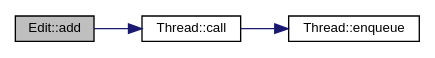
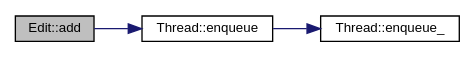
The diagram in docs/class_edit_a3ced1bcf14de542e25d512991bcfed2f_cgraph.dot (kokolorix/TheSimplestCPP), drawn with Graphviz before and after one commit. The commit also changed 289 other files, not shown here.

```diff
--- a/docs/class_edit_a3ced1bcf14de542e25d512991bcfed2f_cgraph.dot
+++ b/docs/class_edit_a3ced1bcf14de542e25d512991bcfed2f_cgraph.dot
@@ -1,13 +1,13 @@
 digraph "Edit::add"
 {
  // INTERACTIVE_SVG=YES
  // LATEX_PDF_SIZE
   edge [fontname="Helvetica",fontsize="10",labelfontname="Helvetica",labelfontsize="10"];
   node [fontname="Helvetica",fontsize="10",shape=record];
   rankdir="LR";
   Node1 [label="Edit::add",height=0.2,width=0.4,color="black", fillcolor="grey75", style="filled", fontcolor="black",tooltip=" "];
   Node1 -> Node2 [color="midnightblue",fontsize="10",style="solid",fontname="Helvetica"];
-  Node2 [label="Thread::call",height=0.2,width=0.4,color="black", fillcolor="white", style="filled",URL="$class_thread.html#adb11ad65376e640d84d47f0394f94f10",tooltip="The code that will be enqued in the threads task queue."];
+  Node2 [label="Thread::enqueue",height=0.2,width=0.4,color="black", fillcolor="white", style="filled",URL="$class_thread.html#abf7db5b09bd25b345e80577f71321ee9",tooltip="The code that will be enqued in the threads task queue."];
   Node2 -> Node3 [color="midnightblue",fontsize="10",style="solid",fontname="Helvetica"];
-  Node3 [label="Thread::enqueue",height=0.2,width=0.4,color="black", fillcolor="white", style="filled",URL="$class_thread.html#a1333a7179253857c1431b82e162272fd",tooltip=" "];
+  Node3 [label="Thread::enqueue_",height=0.2,width=0.4,color="black", fillcolor="white", style="filled",URL="$class_thread.html#a3ee4bd6db78554c9ea75cf242b8ae273",tooltip="push the functor in the queue"];
 }
```
